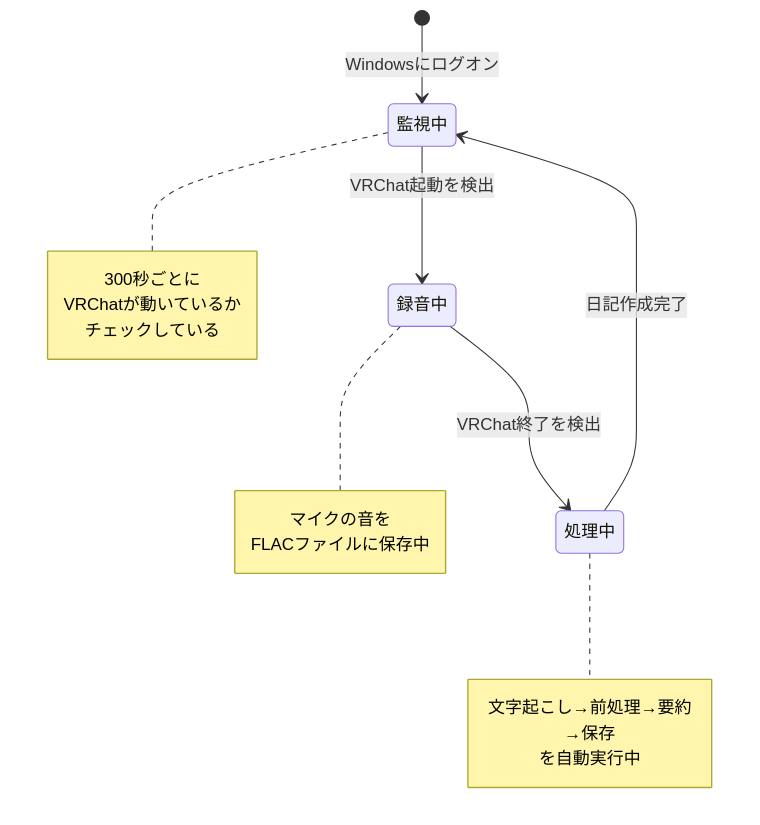
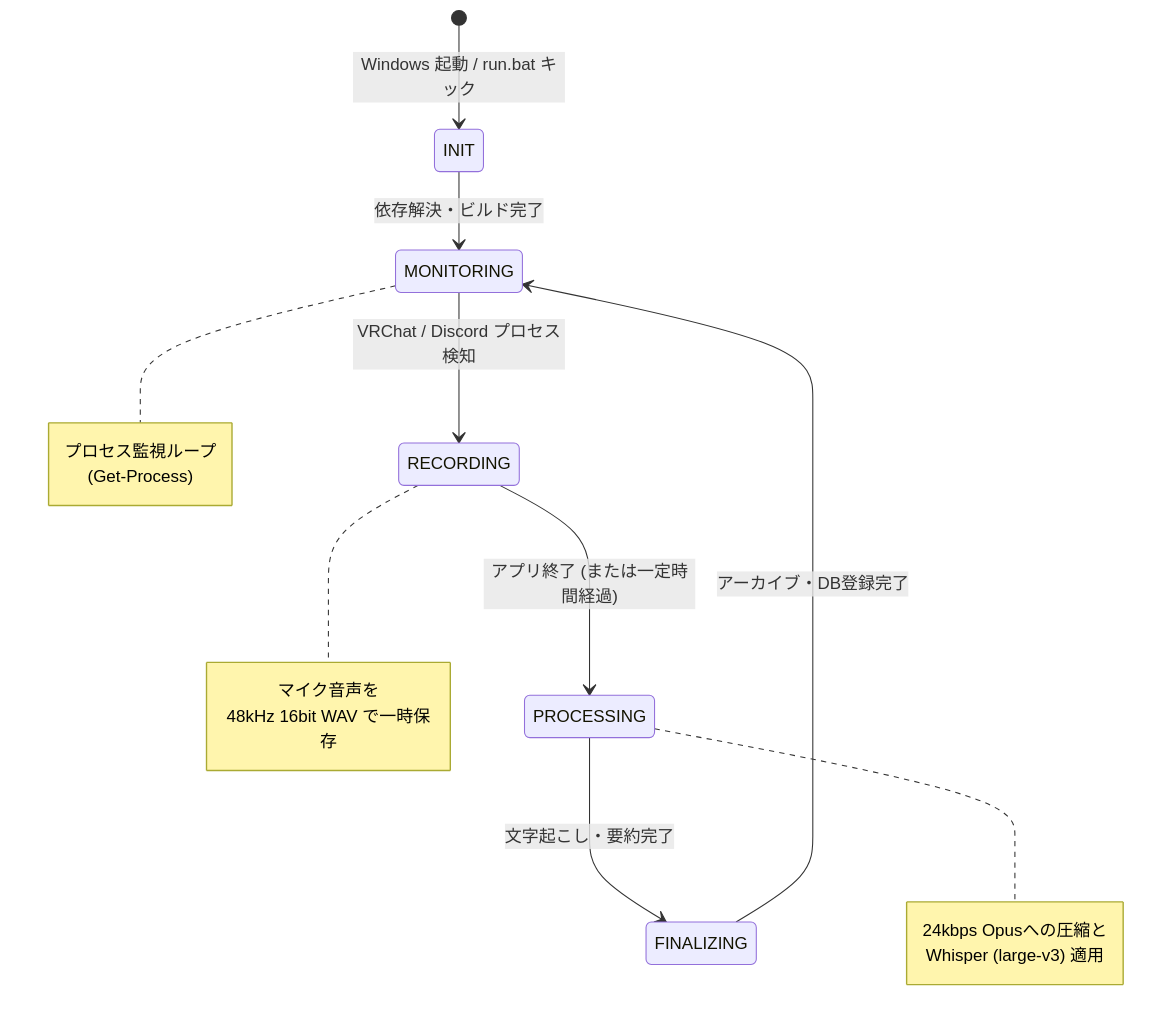
Before and after one commit to KAFKA2306/vlogrs: the third of 3 diagrams in docs/specs/architecture.md, drawn with Mermaid. The commit also changed other lines of this file, not shown here.

Commit message:
docs: architecture.mdを新しいRust/Zero-Ops構成に更新したよっ✨

````diff
--- a/docs/specs/architecture.md
+++ b/docs/specs/architecture.md
@@ -51,24 +76,27 @@
 ```mermaid
 stateDiagram-v2
-    [*] --> 監視中: Windowsにログオン
+    [*] --> INIT: Windows 起動 / run.bat キック
     
-    監視中 --> 録音中: VRChat起動を検出
-    録音中 --> 処理中: VRChat終了を検出
-    処理中 --> 監視中: 日記作成完了
+    INIT --> MONITORING: 依存解決・ビルド完了
     
-    note right of 監視中
-        300秒ごとに
-        VRChatが動いているか
-        チェックしている
+    MONITORING --> RECORDING: VRChat / Discord プロセス検知
+    RECORDING --> PROCESSING: アプリ終了 (または一定時間経過)
+    
+    PROCESSING --> FINALIZING: 文字起こし・要約完了
+    FINALIZING --> MONITORING: アーカイブ・DB登録完了
+    
+    note right of MONITORING
+        プロセス監視ループ
+        (Get-Process)
     end note
     
-    note right of 録音中
-        マイクの音を
-        FLACファイルに保存中
+    note right of RECORDING
+        マイク音声を
+        48kHz 16bit WAV で一時保存
     end note
     
-    note right of 処理中
-        文字起こし→前処理→要約→保存
-        を自動実行中
+    note right of PROCESSING
+        24kbps Opusへの圧縮と
+        Whisper (large-v3) 適用
     end note
 ```
````
